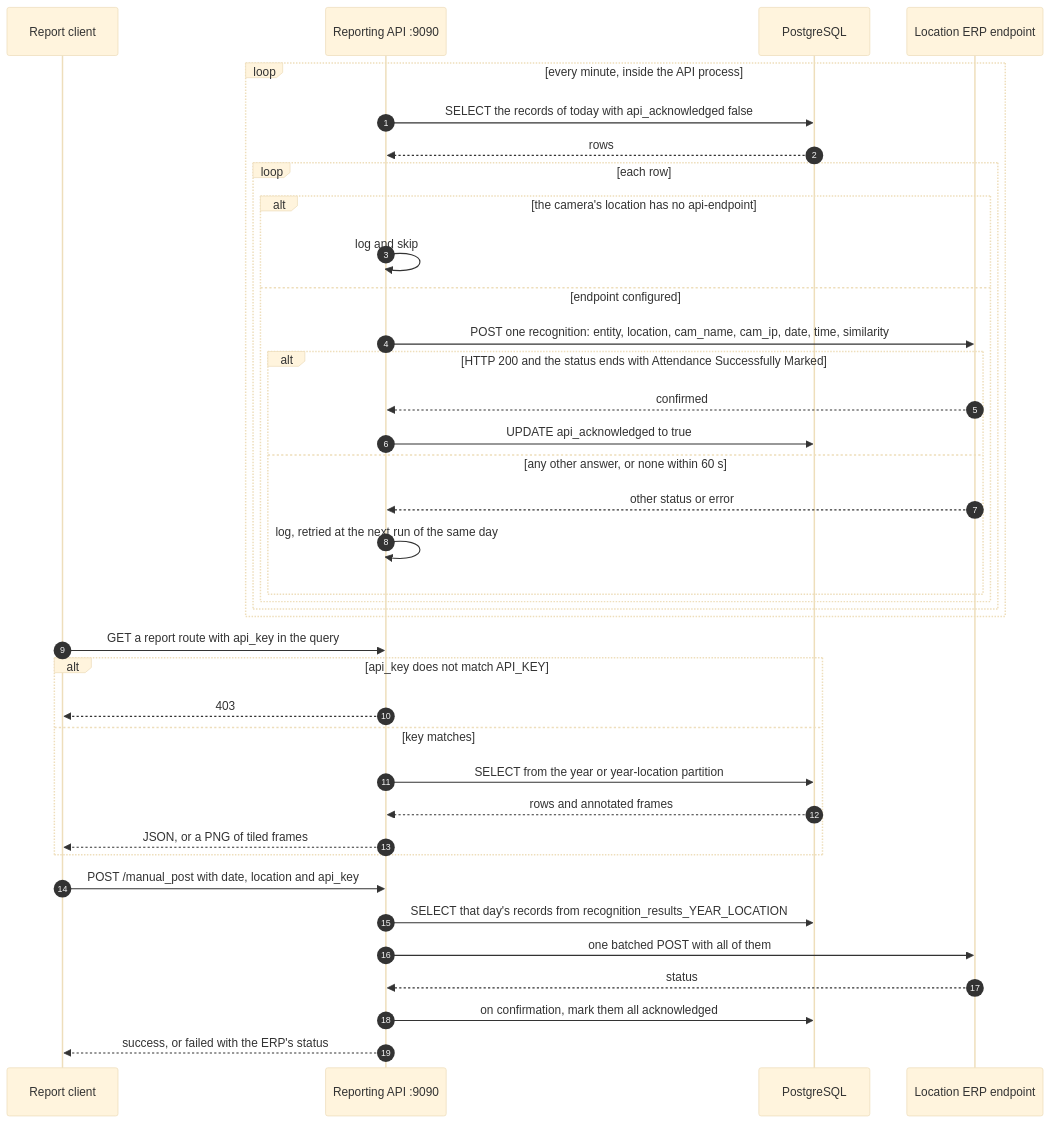
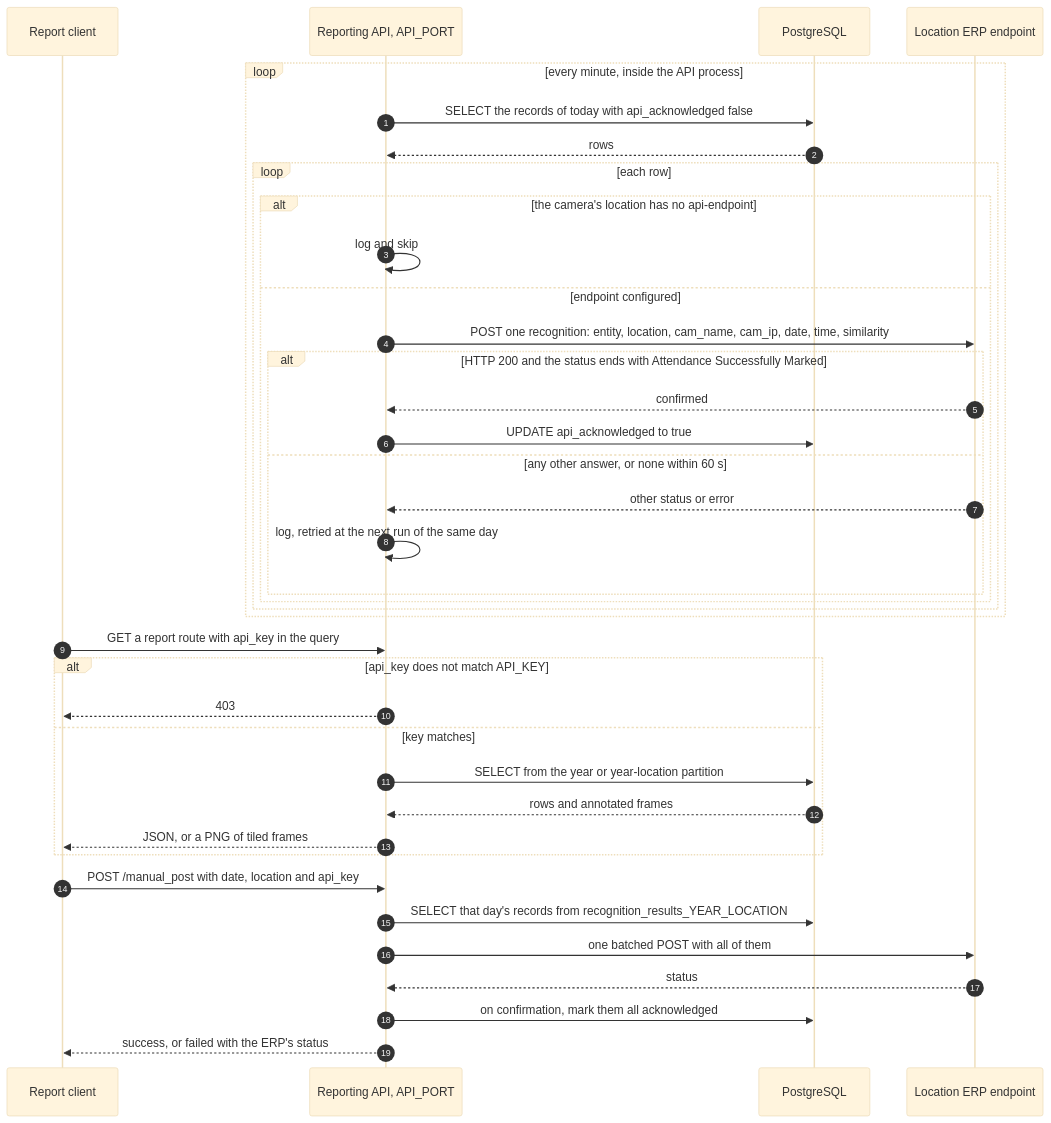
One commit to hamza-aziz-ai/CCTV-Face-Recognition-Attendance-System changed the fifth of 8 diagrams in docs/FLOW.md. Above: the diagram before and after it, drawn with Mermaid (base theme). The commit also changed other lines of this file and 11 other files, not shown here.

````diff
--- a/docs/FLOW.md
+++ b/docs/FLOW.md
@@ -248,40 +248,40 @@
 ```mermaid
 sequenceDiagram
     autonumber
     participant CL as Report client
-    participant API as Reporting API :9090
+    participant API as Reporting API, API_PORT
     participant PG as PostgreSQL
     participant ERP as Location ERP endpoint
     loop every minute, inside the API process
         API->>PG: SELECT the records of today with api_acknowledged false
         PG-->>API: rows
         loop each row
             alt the camera's location has no api-endpoint
                 API->>API: log and skip
             else endpoint configured
                 API->>ERP: POST one recognition: entity, location, cam_name, cam_ip, date, time, similarity
                 alt HTTP 200 and the status ends with Attendance Successfully Marked
                     ERP-->>API: confirmed
                     API->>PG: UPDATE api_acknowledged to true
                 else any other answer, or none within 60 s
                     ERP-->>API: other status or error
                     API->>API: log, retried at the next run of the same day
                 end
             end
         end
     end
     CL->>API: GET a report route with api_key in the query
     alt api_key does not match API_KEY
         API-->>CL: 403
     else key matches
         API->>PG: SELECT from the year or year-location partition
         PG-->>API: rows and annotated frames
         API-->>CL: JSON, or a PNG of tiled frames
     end
     CL->>API: POST /manual_post with date, location and api_key
     API->>PG: SELECT that day's records from recognition_results_YEAR_LOCATION
     API->>ERP: one batched POST with all of them
     ERP-->>API: status
     API->>PG: on confirmation, mark them all acknowledged
     API-->>CL: success, or failed with the ERP's status
 ```
````
